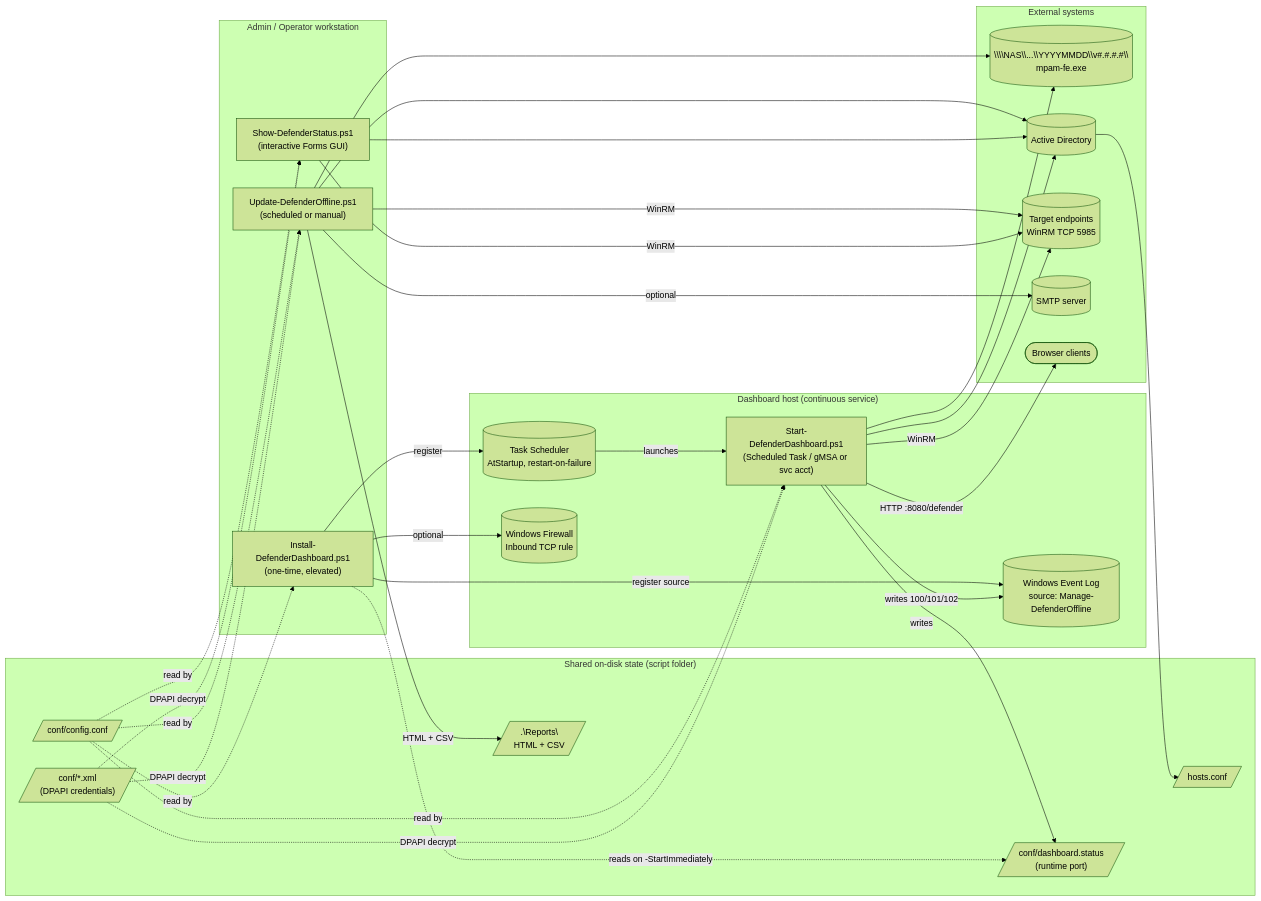
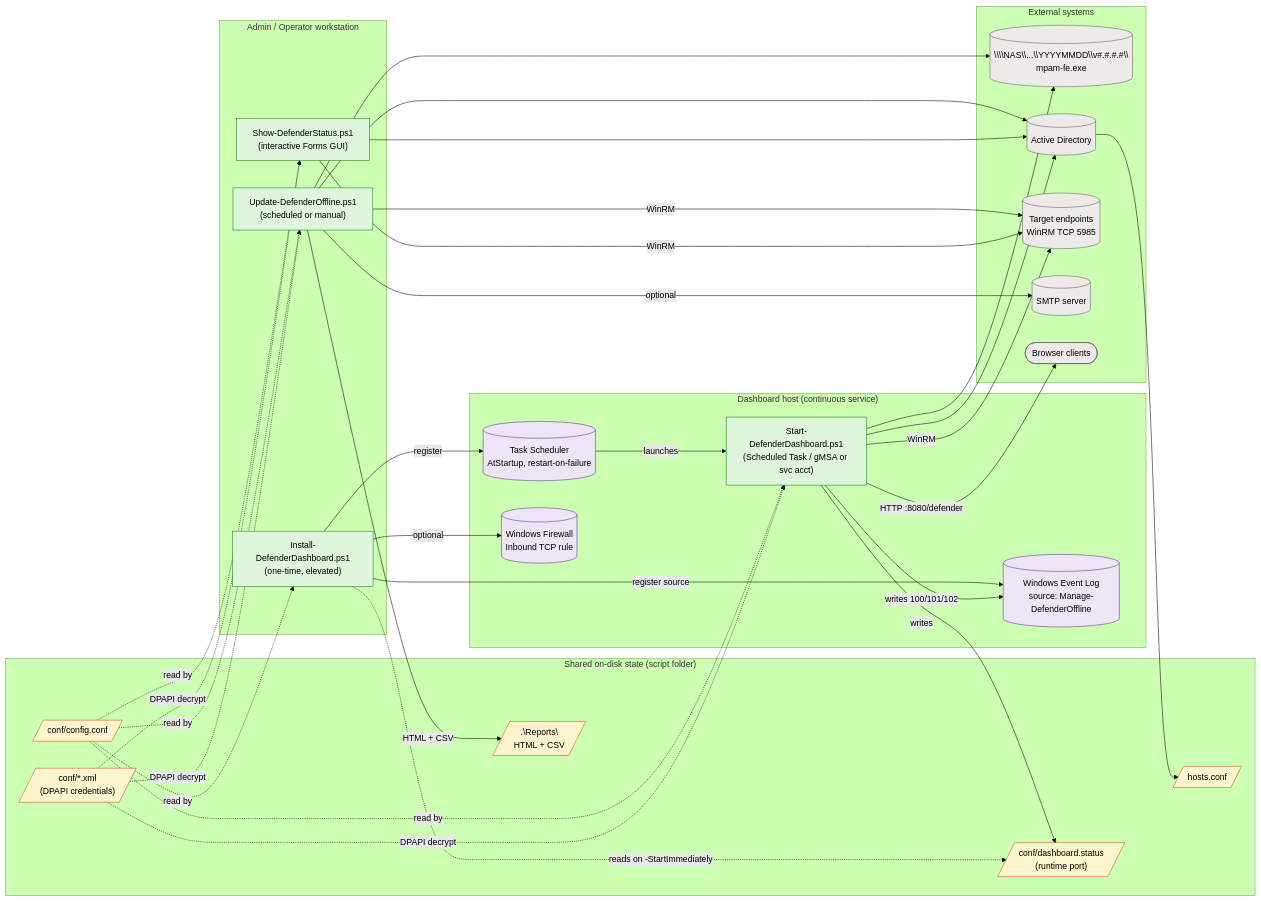
One commit to kismetgerald/Manage-DefenderOffline changed the first of 5 diagrams in ARCHITECTURE.md. Above: the diagram before and after it, drawn with Mermaid (forest theme). The commit also changed other lines of this file, not shown here.

First line of the commit message:
docs(architecture): fix Mermaid rendering errors and add flowchart colors

````diff
--- a/ARCHITECTURE.md
+++ b/ARCHITECTURE.md
@@ -11,65 +11,70 @@
 ```mermaid
 flowchart LR
+    classDef script fill:#dff6dd,stroke:#107c10,color:#000
+    classDef infra  fill:#eee5f7,stroke:#5c2d91,color:#000
+    classDef state  fill:#fff4ce,stroke:#ca5010,color:#000
+    classDef ext    fill:#edebe9,stroke:#605e5c,color:#000
+
     subgraph admin["Admin / Operator workstation"]
-        update["Update-DefenderOffline.ps1<br/>(scheduled or manual)"]
-        show["Show-DefenderStatus.ps1<br/>(interactive Forms GUI)"]
-        installer["Install-DefenderDashboard.ps1<br/>(one-time, elevated)"]
+        update["Update-DefenderOffline.ps1<br/>(scheduled or manual)"]:::script
+        show["Show-DefenderStatus.ps1<br/>(interactive Forms GUI)"]:::script
+        installer["Install-DefenderDashboard.ps1<br/>(one-time, elevated)"]:::script
     end
 
     subgraph dashHost["Dashboard host (continuous service)"]
-        dashboard["Start-DefenderDashboard.ps1<br/>(Scheduled Task / gMSA or svc acct)"]
-        task[("Task Scheduler<br/>AtStartup, restart-on-failure")]
-        evtlog[("Windows Event Log<br/>source: Manage-DefenderOffline")]
-        fw[("Windows Firewall<br/>Inbound TCP rule")]
+        dashboard["Start-DefenderDashboard.ps1<br/>(Scheduled Task / gMSA or svc acct)"]:::script
+        task[("Task Scheduler<br/>AtStartup, restart-on-failure")]:::infra
+        evtlog[("Windows Event Log<br/>source: Manage-DefenderOffline")]:::infra
+        fw[("Windows Firewall<br/>Inbound TCP rule")]:::infra
     end
 
     subgraph shared["Shared on-disk state (script folder)"]
-        cfg[/"conf/config.conf"/]
-        hosts[/"hosts.conf"/]
-        creds[/"conf/*.xml<br/>(DPAPI credentials)"/]
-        status[/"conf/dashboard.status<br/>(runtime port)"/]
-        reports[/".\Reports\<br/>HTML + CSV"/]
+        cfg[/"conf/config.conf"/]:::state
+        hosts[/"hosts.conf"/]:::state
+        creds[/"conf/*.xml<br/>(DPAPI credentials)"/]:::state
+        status[/"conf/dashboard.status<br/>(runtime port)"/]:::state
+        reports[/".\Reports\<br/>HTML + CSV"/]:::state
     end
 
     subgraph external["External systems"]
-        share[("\\\\NAS\\...\\YYYYMMDD\\v#.#.#.#\\<br/>mpam-fe.exe")]
-        ad[("Active Directory")]
-        targets[("Target endpoints<br/>WinRM TCP 5985")]
-        smtp[("SMTP server")]
-        browser(["Browser clients"])
+        share[("\\\\NAS\\...\\YYYYMMDD\\v#.#.#.#\\<br/>mpam-fe.exe")]:::ext
+        ad[("Active Directory")]:::ext
+        targets[("Target endpoints<br/>WinRM TCP 5985")]:::ext
+        smtp[("SMTP server")]:::ext
+        browser(["Browser clients"]):::ext
     end
 
     cfg -.->|read by| update
     cfg -.->|read by| show
     cfg -.->|read by| dashboard
     cfg -.->|read by| installer
 
     creds -.->|DPAPI decrypt| update
     creds -.->|DPAPI decrypt| show
     creds -.->|DPAPI decrypt| dashboard
 
     update --> ad
     show --> ad
     dashboard --> ad
     ad --> hosts
 
     update --> share
     dashboard --> share
 
     update -->|WinRM| targets
     show -->|WinRM| targets
     dashboard -->|WinRM| targets
 
     update -->|HTML + CSV| reports
     update -->|optional| smtp
 
     installer -->|register| task
     installer -->|register source| evtlog
     installer -->|optional| fw
     task -->|launches| dashboard
     dashboard -->|writes| status
     dashboard -->|writes 100/101/102| evtlog
     installer -.->|reads on -StartImmediately| status
 
     dashboard -->|HTTP :8080/defender| browser
 ```
````
